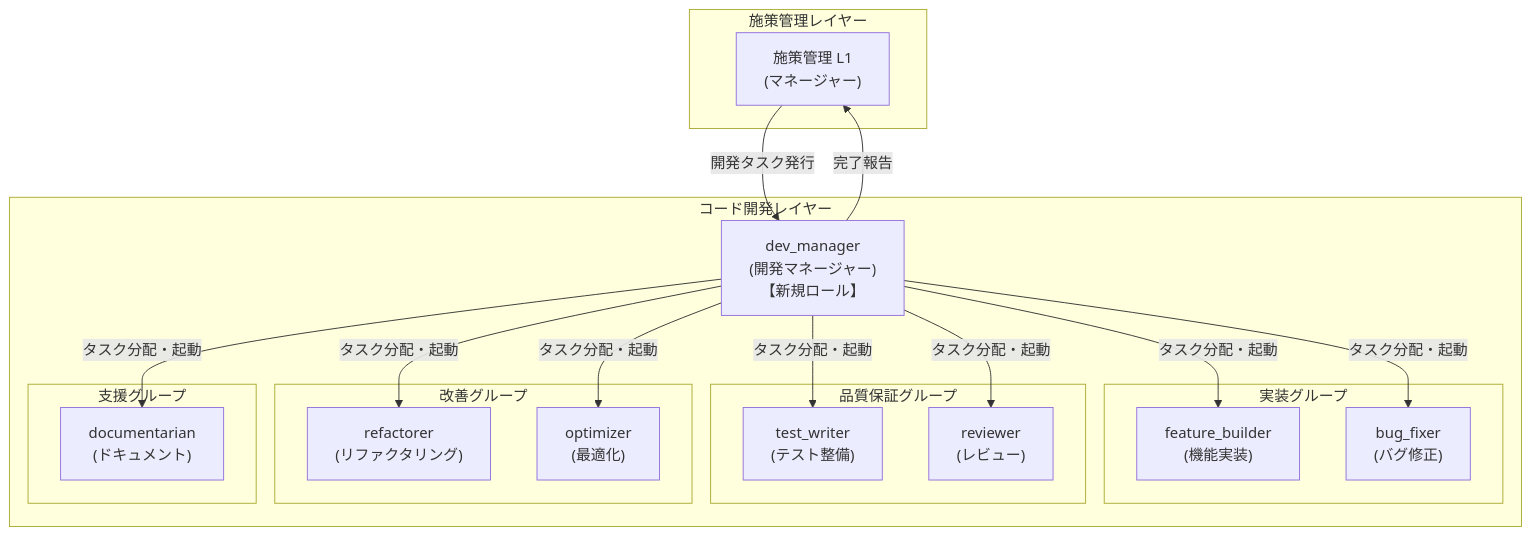
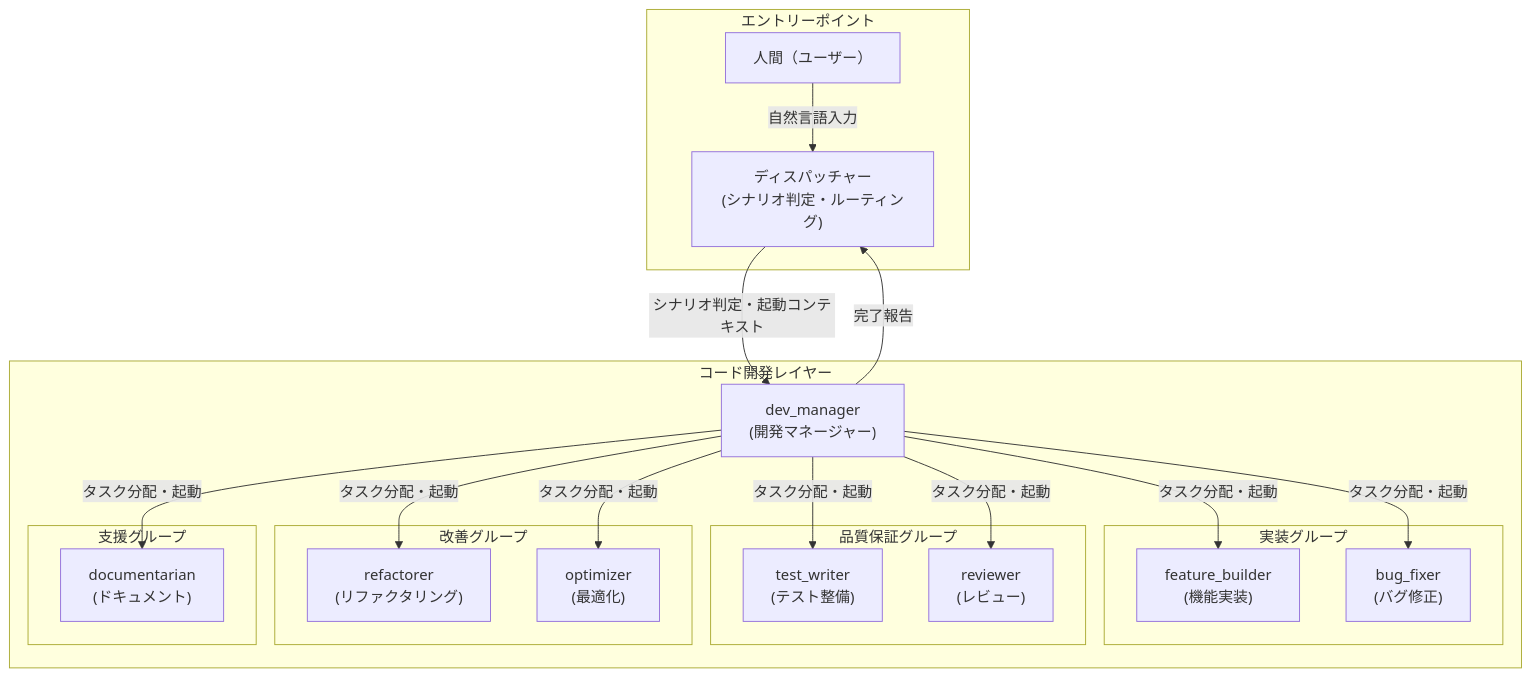
Before and after one commit to ryo12-n/ai-driven-dev-patterns: the first of 5 diagrams in docs/design/dev-workflow-overview.md, drawn with Mermaid. The commit also changed other lines of this file and 2 other files, not shown here.

````diff
--- a/docs/design/dev-workflow-overview.md
+++ b/docs/design/dev-workflow-overview.md
@@ -17,39 +21,41 @@
 ```mermaid
 graph TB
-    subgraph "施策管理レイヤー"
-        L1["施策管理 L1<br/>(マネージャー)"]
+    subgraph "エントリーポイント"
+        Human["人間（ユーザー）"]
+        Disp["ディスパッチャー<br/>(シナリオ判定・ルーティング)"]
     end
 
     subgraph "コード開発レイヤー"
-        DM["dev_manager<br/>(開発マネージャー)<br/>【新規ロール】"]
+        DM["dev_manager<br/>(開発マネージャー)"]
 
         subgraph "実装グループ"
             FB["feature_builder<br/>(機能実装)"]
             BF["bug_fixer<br/>(バグ修正)"]
         end
 
         subgraph "品質保証グループ"
             TW["test_writer<br/>(テスト整備)"]
             RV["reviewer<br/>(レビュー)"]
         end
 
         subgraph "改善グループ"
             RF["refactorer<br/>(リファクタリング)"]
             OP["optimizer<br/>(最適化)"]
         end
 
         subgraph "支援グループ"
             DC["documentarian<br/>(ドキュメント)"]
         end
     end
 
-    L1 -->|"開発タスク発行"| DM
+    Human -->|"自然言語入力"| Disp
+    Disp -->|"シナリオ判定・起動コンテキスト"| DM
     DM -->|"タスク分配・起動"| FB
     DM -->|"タスク分配・起動"| BF
     DM -->|"タスク分配・起動"| TW
     DM -->|"タスク分配・起動"| RV
     DM -->|"タスク分配・起動"| RF
     DM -->|"タスク分配・起動"| OP
     DM -->|"タスク分配・起動"| DC
-    DM -->|"完了報告"| L1
+    DM -->|"完了報告"| Disp
 ```
````
